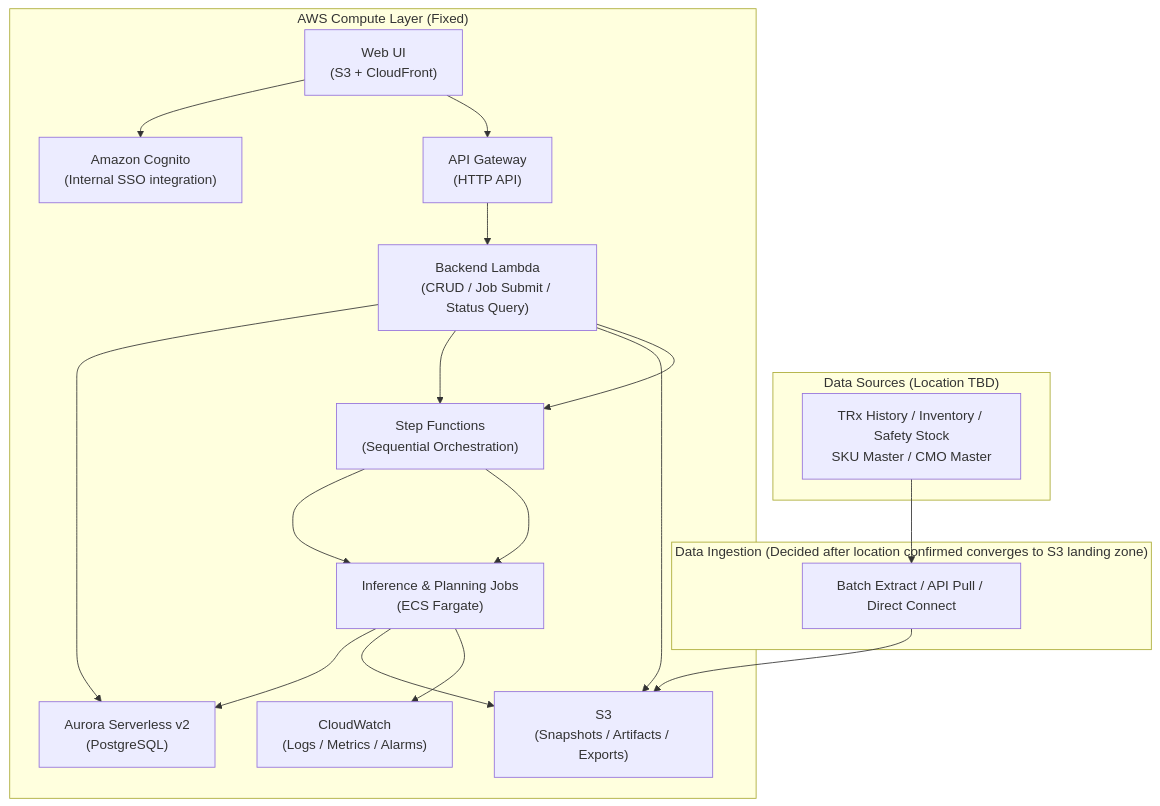
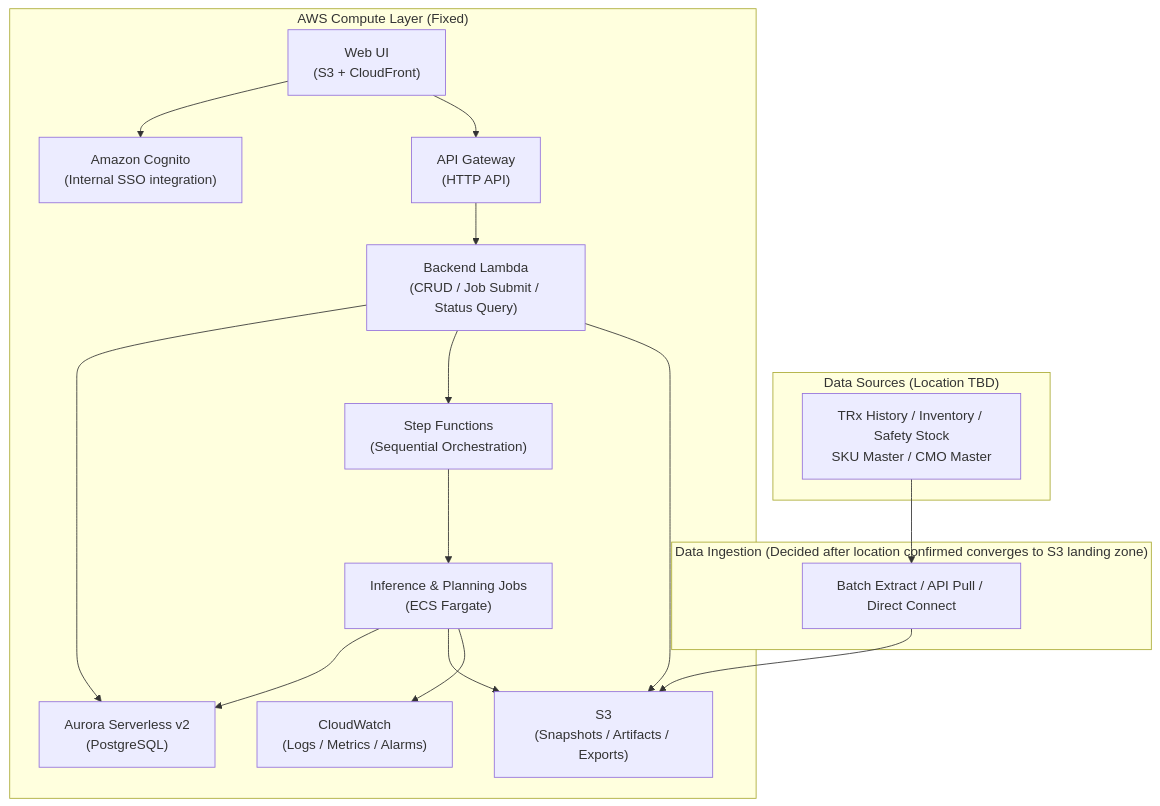
One commit to wooseok-AI/SCM-AI-Planning-Web-Demo changed the third of 21 diagrams in scm_project.md. Above: the diagram before and after it, drawn with Mermaid.

Commit message:
Deployment Topology mermaid update

````diff
--- a/scm_project.md
+++ b/scm_project.md
@@ -195,35 +195,33 @@
 ```mermaid
 flowchart TB
     subgraph SRC["Data Sources (Location TBD)"]
         DS["TRx History / Inventory / Safety Stock\nSKU Master / CMO Master"]
     end
 
     subgraph ING["Data Ingestion (Decided after location confirmed  converges to S3 landing zone)"]
         IN["Batch Extract / API Pull / Direct Connect"]
     end
 
     subgraph AWS["AWS Compute Layer (Fixed)"]
         UI["Web UI\n(S3 + CloudFront)"]
         AUTH["Amazon Cognito\n(Internal SSO integration)"]
         APIGW["API Gateway\n(HTTP API)"]
         API["Backend Lambda\n(CRUD / Job Submit / Status Query)"]
         SF["Step Functions\n(Sequential Orchestration)"]
         BATCH["Inference & Planning Jobs\n(ECS Fargate)"]
         DB["Aurora Serverless v2\n(PostgreSQL)"]
         S3["S3\n(Snapshots / Artifacts / Exports)"]
         CW["CloudWatch\n(Logs / Metrics / Alarms)"]
     end
 
     DS --> IN --> S3
     UI --> AUTH
     UI --> APIGW
     APIGW --> API
     API --> DB
     API --> SF
     API --> S3
     SF --> BATCH
     BATCH --> DB & S3
-    API -->
-    SF -->
     BATCH --> CW
 ```
````
